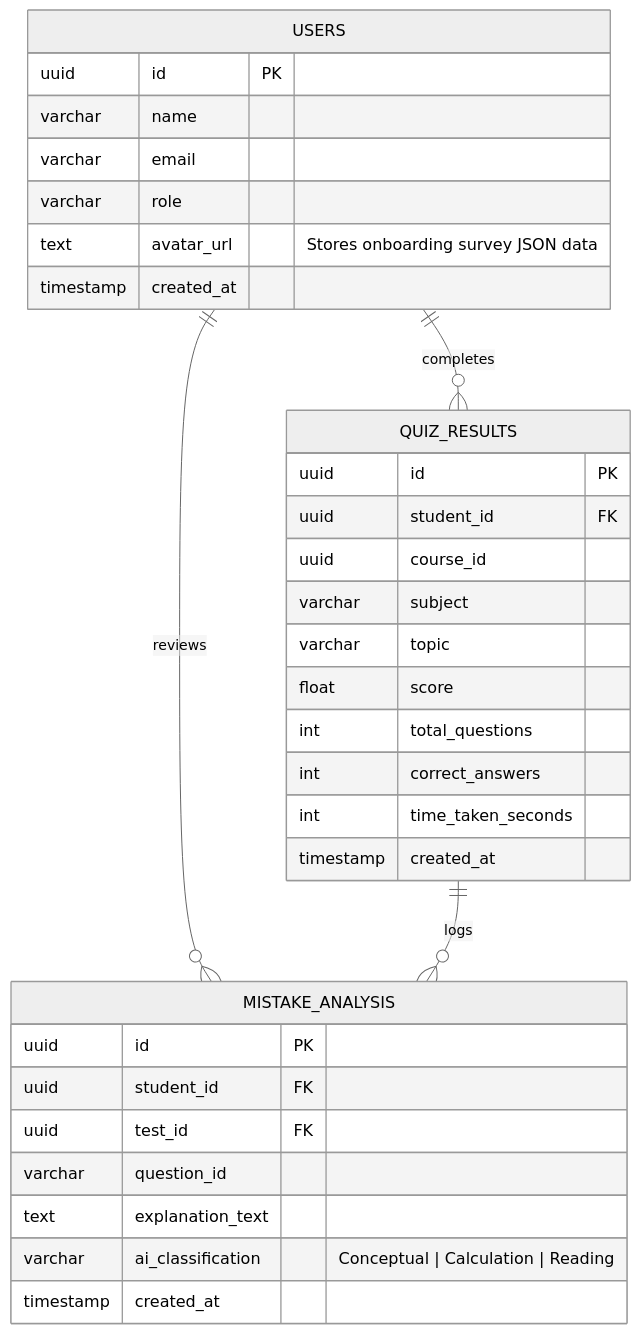
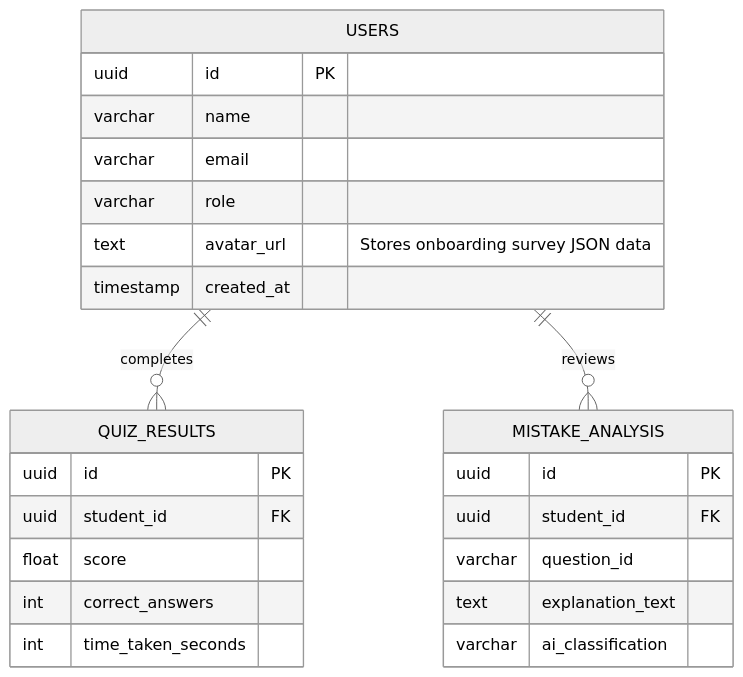
The second of 2 diagrams in README.md (Vansh060206/EduMind), drawn with Mermaid (neutral theme) before and after one commit. The commit also changed other lines of this file and 28 other files, not shown here.

````diff
--- a/README.md
+++ b/README.md
@@ -178,35 +83,27 @@
 ```mermaid
 erDiagram
     USERS {
         uuid id PK
         varchar name
         varchar email
         varchar role
         text avatar_url "Stores onboarding survey JSON data"
         timestamp created_at
     }
     QUIZ_RESULTS {
         uuid id PK
         uuid student_id FK
-        uuid course_id
-        varchar subject
-        varchar topic
         float score
-        int total_questions
         int correct_answers
         int time_taken_seconds
-        timestamp created_at
     }
     MISTAKE_ANALYSIS {
         uuid id PK
         uuid student_id FK
-        uuid test_id FK
         varchar question_id
         text explanation_text
-        varchar ai_classification "Conceptual | Calculation | Reading"
-        timestamp created_at
+        varchar ai_classification
     }
     USERS ||--o{ QUIZ_RESULTS : "completes"
     USERS ||--o{ MISTAKE_ANALYSIS : "reviews"
-    QUIZ_RESULTS ||--o{ MISTAKE_ANALYSIS : "logs"
 ```
````
